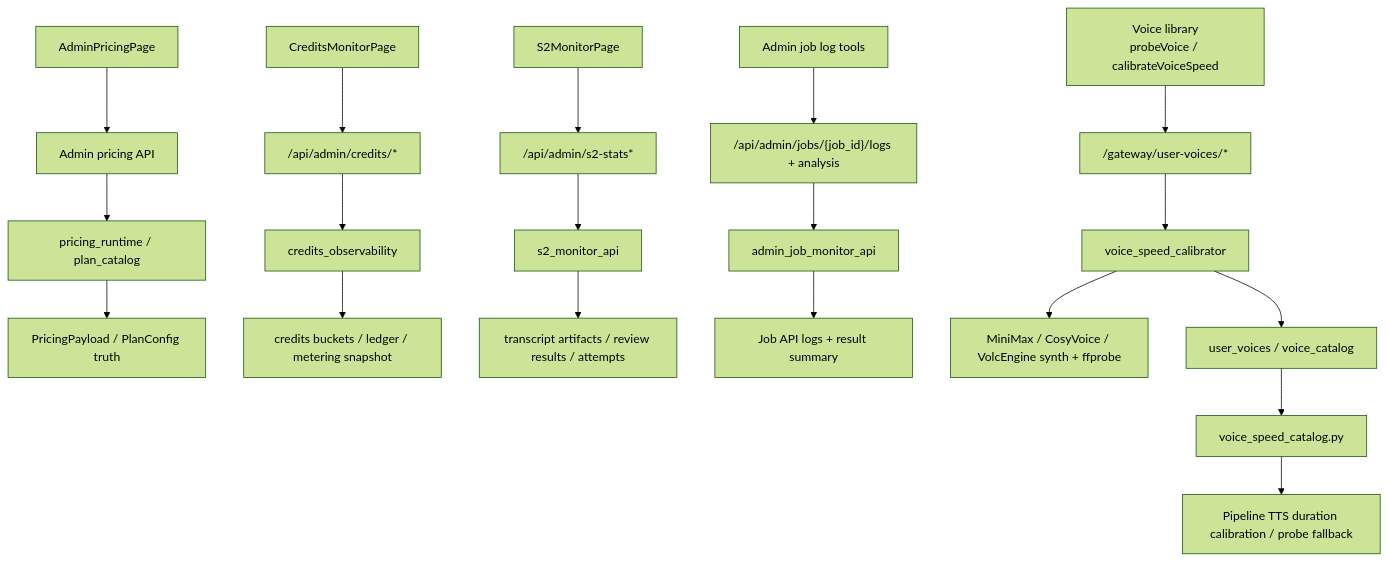
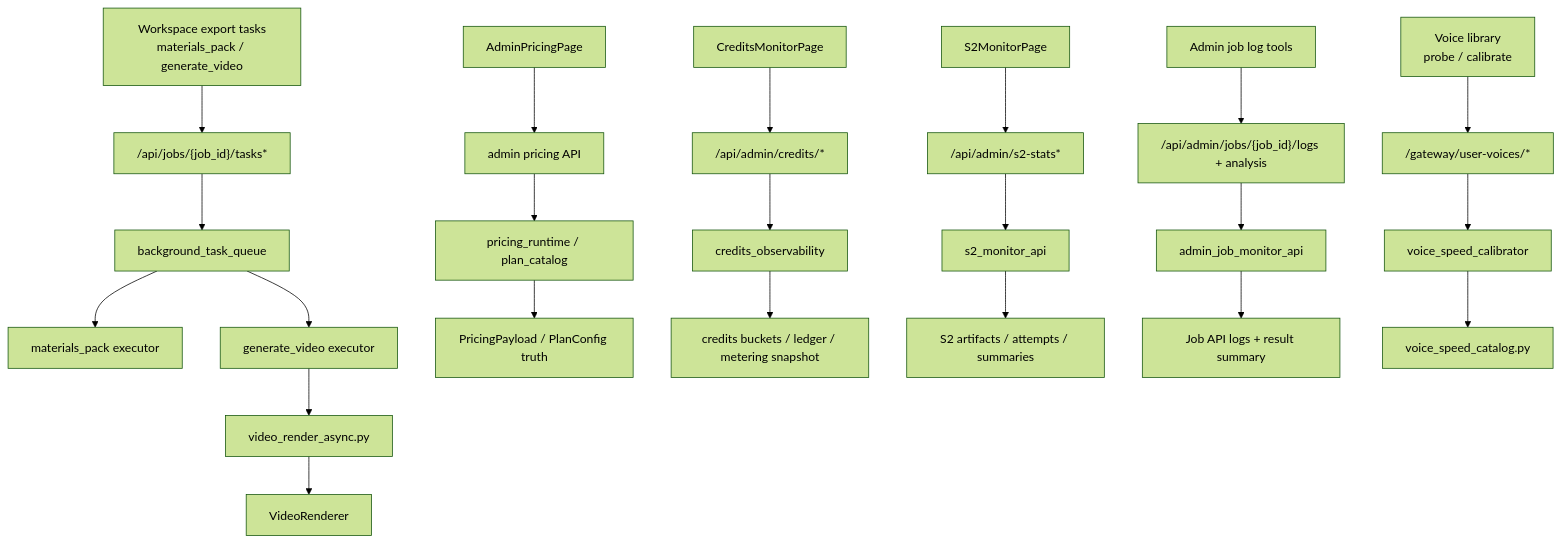
Before and after one commit to sun9bear/AITransVideo: the diagram in docs/graphs/GITNEXUS_ADMIN_OPS_CALIBRATION_GRAPH.md, drawn with Mermaid (forest theme). The commit also changed other lines of this file and 8 other files, not shown here.

````diff
--- a/docs/graphs/GITNEXUS_ADMIN_OPS_CALIBRATION_GRAPH.md
+++ b/docs/graphs/GITNEXUS_ADMIN_OPS_CALIBRATION_GRAPH.md
@@ -17,24 +20,27 @@
 ```mermaid
 graph TD
-    AdminPricing["AdminPricingPage"] --> AdminPricingAPI["Admin pricing API"]
+    AdminPricing["AdminPricingPage"] --> AdminPricingAPI["admin pricing API"]
     CreditsMonitor["CreditsMonitorPage"] --> CreditsAPI["/api/admin/credits/*"]
     S2Monitor["S2MonitorPage"] --> S2API["/api/admin/s2-stats*"]
     JobLogs["Admin job log tools"] --> LogAPI["/api/admin/jobs/{job_id}/logs + analysis"]
-    VoiceLibrary["Voice library<br/>probeVoice / calibrateVoiceSpeed"] --> VoiceAPI["/gateway/user-voices/*"]
+    VoiceLibrary["Voice library<br/>probe / calibrate"] --> VoiceAPI["/gateway/user-voices/*"]
+    ExportTasks["Workspace export tasks<br/>materials_pack / generate_video"] --> BgTaskAPI["/api/jobs/{job_id}/tasks*"]
 
     AdminPricingAPI --> PricingRuntime["pricing_runtime / plan_catalog"]
     CreditsAPI --> CreditsObs["credits_observability"]
     S2API --> S2Backend["s2_monitor_api"]
     LogAPI --> AdminJobMonitor["admin_job_monitor_api"]
     VoiceAPI --> Calibrator["voice_speed_calibrator"]
+    BgTaskAPI --> BgQueue["background_task_queue"]
 
-    PricingRuntime --> GatewayTruth["PricingPayload / PlanConfig truth"]
+    BgQueue --> MaterialsPack["materials_pack executor"]
+    BgQueue --> GenerateVideo["generate_video executor"]
+    GenerateVideo --> RenderAsync["video_render_async.py"]
+    RenderAsync --> Renderer["VideoRenderer"]
+
+    PricingRuntime --> Truth["PricingPayload / PlanConfig truth"]
     CreditsObs --> Ledger["credits buckets / ledger / metering snapshot"]
-    S2Backend --> Artifacts["transcript artifacts / review results / attempts"]
+    S2Backend --> S2Artifacts["S2 artifacts / attempts / summaries"]
     AdminJobMonitor --> JobAPI["Job API logs + result summary"]
-    Calibrator --> Providers["MiniMax / CosyVoice / VolcEngine synth + ffprobe"]
-    Calibrator --> VoiceStore["user_voices / voice_catalog"]
-
-    VoiceStore --> SpeedCatalog["voice_speed_catalog.py"]
-    SpeedCatalog --> Workflow["Pipeline TTS duration calibration / probe fallback"]
+    Calibrator --> SpeedCatalog["voice_speed_catalog.py"]
 ```
````
